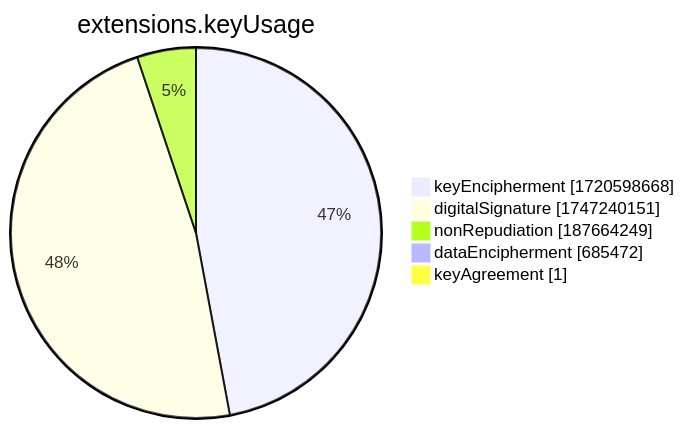
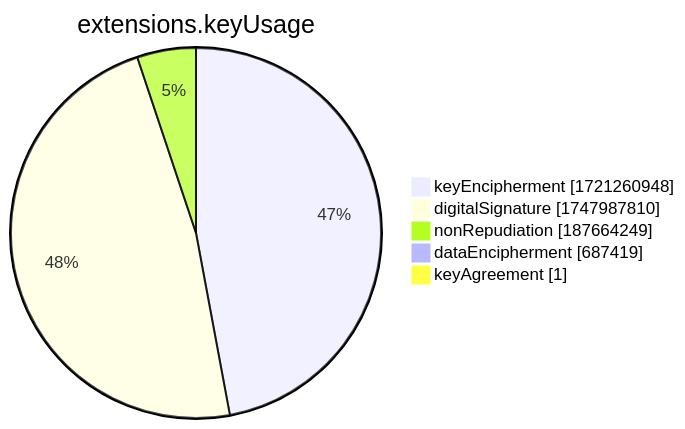
The seventh of 15 diagrams in xenon2022/README.md (christiankrug/ctmonitor_visualization), drawn with Mermaid before and after one commit. The commit also changed other lines of this file, not shown here.

````diff
--- a/xenon2022/README.md
+++ b/xenon2022/README.md
@@ -2858,9 +2858,9 @@
 ```mermaid
 pie showData
 title extensions.keyUsage
-"keyEncipherment" :1720598668
-"digitalSignature" :1747240151
+"keyEncipherment" :1721260948
+"digitalSignature" :1747987810
 "nonRepudiation" :187664249
-"dataEncipherment" :685472
+"dataEncipherment" :687419
 "keyAgreement" :1
 ```
````
